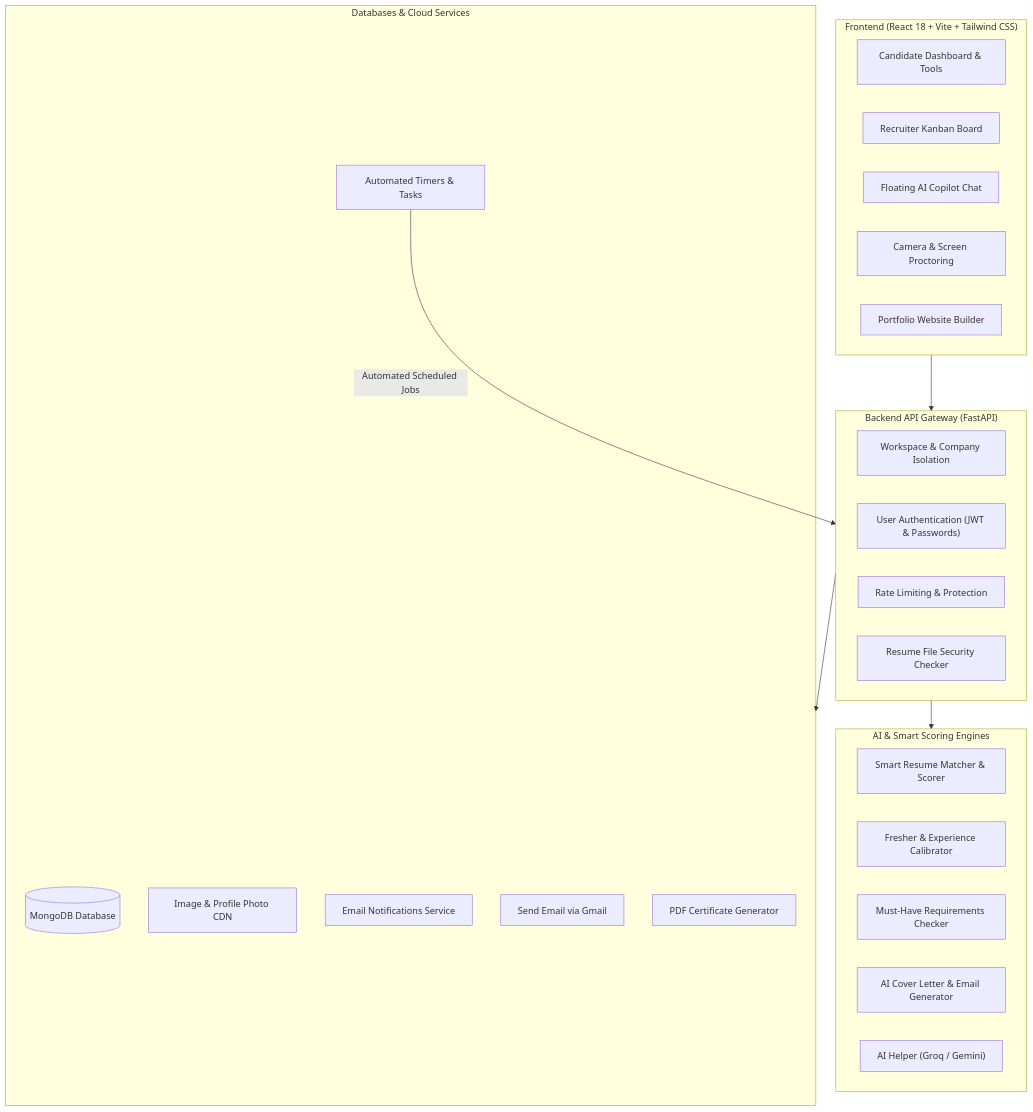
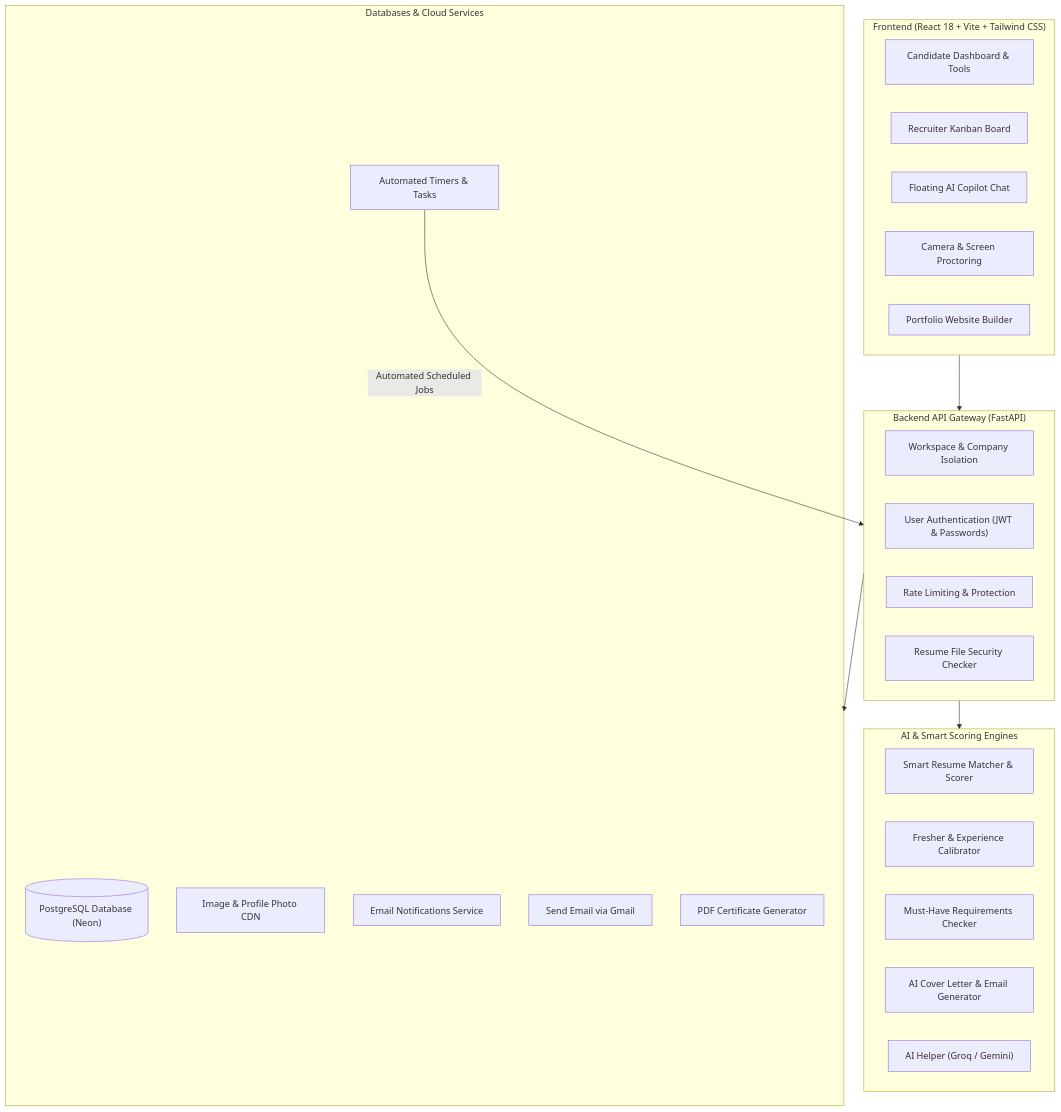
One commit to agrawalrohit937/Resume-Screening-System changed the diagram in README.md. Above: the diagram before and after it, drawn with Mermaid. The commit also changed other lines of this file and 207 other files, not shown here.

````diff
--- a/README.md
+++ b/README.md
@@ -92,39 +92,39 @@
 ```mermaid
 graph TD
     subgraph ClientLayer ["Frontend (React 18 + Vite + Tailwind CSS)"]
         CandidateUI["Candidate Dashboard & Tools"]
         RecruiterUI["Recruiter Kanban Board"]
         CopilotUI["Floating AI Copilot Chat"]
         ProctorUI["Camera & Screen Proctoring"]
         PortfolioUI["Portfolio Website Builder"]
     end
 
     subgraph GatewayLayer ["Backend API Gateway (FastAPI)"]
         TenantMW["Workspace & Company Isolation"]
         AuthMW["User Authentication (JWT & Passwords)"]
         RateLimiter["Rate Limiting & Protection"]
         UploadHandler["Resume File Security Checker"]
     end
 
     subgraph IntelligenceEngines ["AI & Smart Scoring Engines"]
         ATS["Smart Resume Matcher & Scorer"]
         Scoring["Fresher & Experience Calibrator"]
         Knockout["Must-Have Requirements Checker"]
         LangGraph["AI Cover Letter & Email Generator"]
         Copilot["AI Helper (Groq / Gemini)"]
     end
 
     subgraph CloudServices ["Databases & Cloud Services"]
-        MongoDB[("MongoDB Database")]
+        Postgres[("PostgreSQL Database (Neon)")]
         Cloudinary["Image & Profile Photo CDN"]
         Brevo["Email Notifications Service"]
         GmailOAuth["Send Email via Gmail"]
         ReportLab["PDF Certificate Generator"]
         AzureLogicApps["Automated Timers & Tasks"]
     end
 
     ClientLayer --> GatewayLayer
     AzureLogicApps -->|Automated Scheduled Jobs| GatewayLayer
     GatewayLayer --> IntelligenceEngines
     GatewayLayer --> CloudServices
 ```
````
